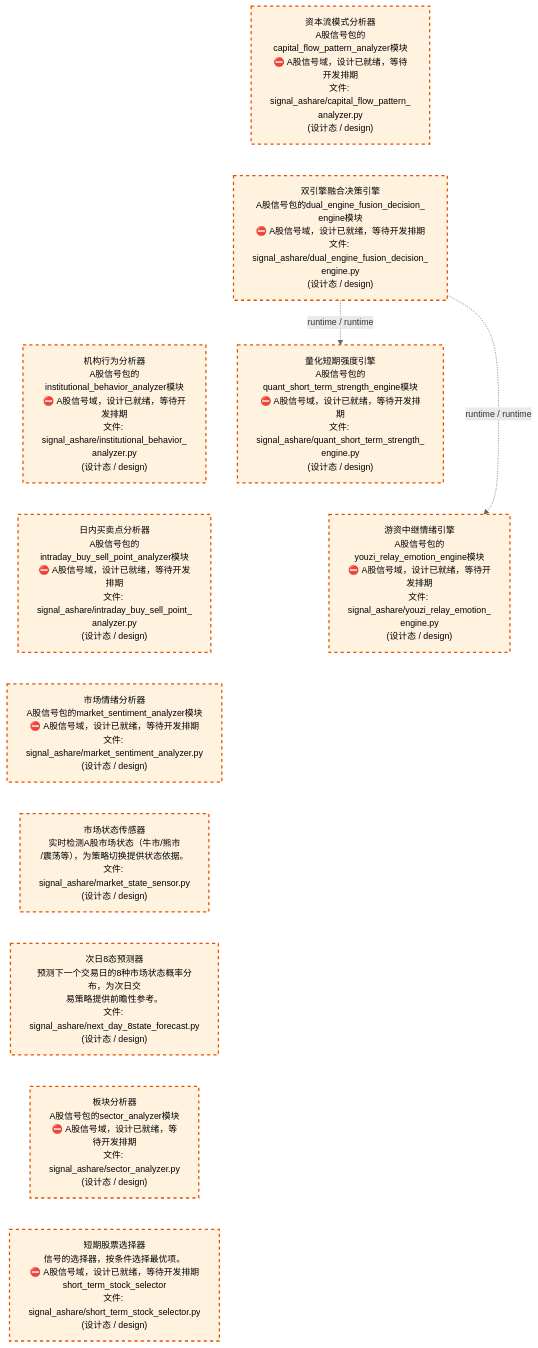
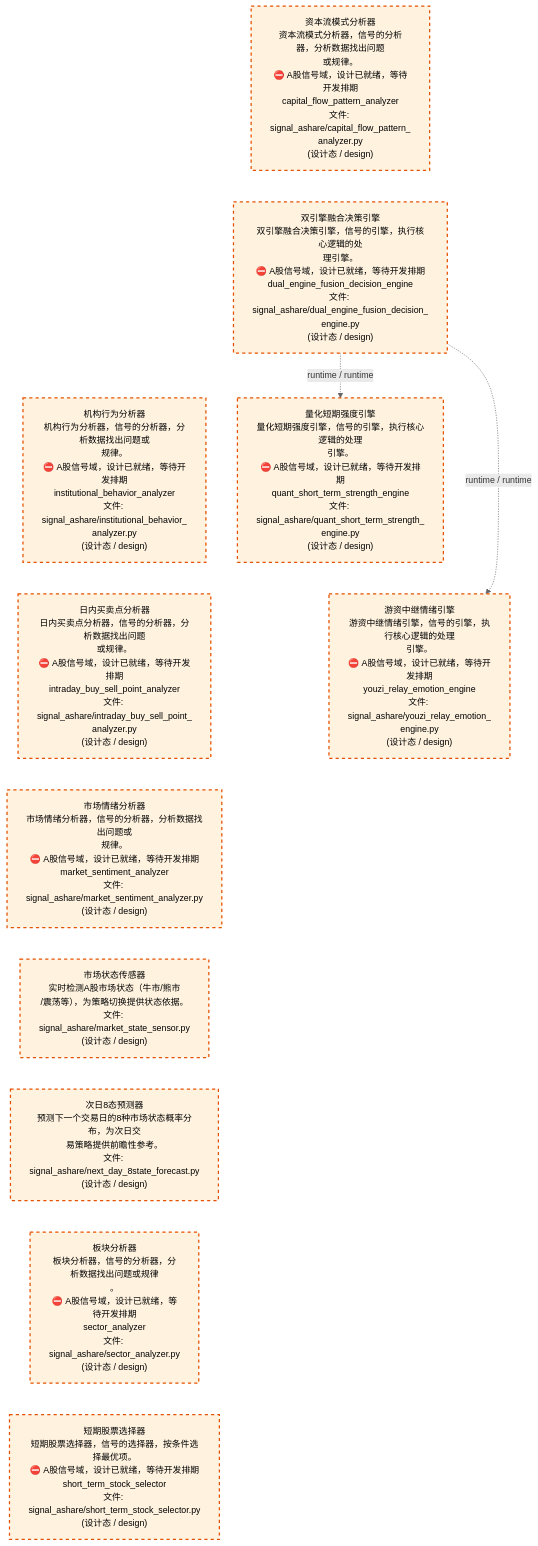
One commit to xuanFelixVan/ZephyrAlpha changed the third of 4 diagrams in docs/02_enterprise_architecture/02_domain_architecture_docs/32_d_ashare_signal.md. Above: the diagram before and after it, drawn with Mermaid. The commit also changed other lines of this file and 56 other files, not shown here.

````diff
--- a/docs/02_enterprise_architecture/02_domain_architecture_docs/32_d_ashare_signal.md
+++ b/docs/02_enterprise_architecture/02_domain_architecture_docs/32_d_ashare_signal.md
@@ -137,31 +137,31 @@
 ```mermaid
 %%{init: {'theme': 'base', 'themeVariables': {'primaryColor': '#eaeaea', 'primaryTextColor': '#333333', 'primaryBorderColor': '#666666', 'lineColor': '#666666', 'secondaryColor': '#eaeaea', 'tertiaryColor': '#eaeaea', 'fontSize': '14px'}}}%%
 flowchart TD
-    src_zephyr_signal_ashare_capital_flow_pattern_analyzer_py["资本流模式分析器<br/>A股信号包的capital_flow_pattern_analyzer模块<br/>⛔ A股信号域，设计已就绪，等待开发排期<br/>文件: signal_ashare/capital_flow_pattern_<br/>analyzer.py<br/>(设计态 / design)"]
-    src_zephyr_signal_ashare_dual_engine_fusion_decision_engine_py["双引擎融合决策引擎<br/>A股信号包的dual_engine_fusion_decision_<br/>engine模块<br/>⛔ A股信号域，设计已就绪，等待开发排期<br/>文件: signal_ashare/dual_engine_fusion_decision_<br/>engine.py<br/>(设计态 / design)"]
-    src_zephyr_signal_ashare_institutional_behavior_analyzer_py["机构行为分析器<br/>A股信号包的institutional_behavior_analyzer模块<br/>⛔ A股信号域，设计已就绪，等待开发排期<br/>文件: signal_ashare/institutional_behavior_<br/>analyzer.py<br/>(设计态 / design)"]
-    src_zephyr_signal_ashare_intraday_buy_sell_point_analyzer_py["日内买卖点分析器<br/>A股信号包的intraday_buy_sell_point_analyzer模块<br/>⛔ A股信号域，设计已就绪，等待开发排期<br/>文件: signal_ashare/intraday_buy_sell_point_<br/>analyzer.py<br/>(设计态 / design)"]
-    src_zephyr_signal_ashare_market_sentiment_analyzer_py["市场情绪分析器<br/>A股信号包的market_sentiment_analyzer模块<br/>⛔ A股信号域，设计已就绪，等待开发排期<br/>文件: signal_ashare/market_sentiment_analyzer.py<br/>(设计态 / design)"]
+    src_zephyr_signal_ashare_capital_flow_pattern_analyzer_py["资本流模式分析器<br/>资本流模式分析器，信号的分析器，分析数据找出问题<br/>或规律。<br/>⛔ A股信号域，设计已就绪，等待开发排期<br/>capital_flow_pattern_analyzer<br/>文件: signal_ashare/capital_flow_pattern_<br/>analyzer.py<br/>(设计态 / design)"]
+    src_zephyr_signal_ashare_dual_engine_fusion_decision_engine_py["双引擎融合决策引擎<br/>双引擎融合决策引擎，信号的引擎，执行核心逻辑的处<br/>理引擎。<br/>⛔ A股信号域，设计已就绪，等待开发排期<br/>dual_engine_fusion_decision_engine<br/>文件: signal_ashare/dual_engine_fusion_decision_<br/>engine.py<br/>(设计态 / design)"]
+    src_zephyr_signal_ashare_institutional_behavior_analyzer_py["机构行为分析器<br/>机构行为分析器，信号的分析器，分析数据找出问题或<br/>规律。<br/>⛔ A股信号域，设计已就绪，等待开发排期<br/>institutional_behavior_analyzer<br/>文件: signal_ashare/institutional_behavior_<br/>analyzer.py<br/>(设计态 / design)"]
+    src_zephyr_signal_ashare_intraday_buy_sell_point_analyzer_py["日内买卖点分析器<br/>日内买卖点分析器，信号的分析器，分析数据找出问题<br/>或规律。<br/>⛔ A股信号域，设计已就绪，等待开发排期<br/>intraday_buy_sell_point_analyzer<br/>文件: signal_ashare/intraday_buy_sell_point_<br/>analyzer.py<br/>(设计态 / design)"]
+    src_zephyr_signal_ashare_market_sentiment_analyzer_py["市场情绪分析器<br/>市场情绪分析器，信号的分析器，分析数据找出问题或<br/>规律。<br/>⛔ A股信号域，设计已就绪，等待开发排期<br/>market_sentiment_analyzer<br/>文件: signal_ashare/market_sentiment_analyzer.py<br/>(设计态 / design)"]
     src_zephyr_signal_ashare_market_state_sensor_py["市场状态传感器<br/>实时检测A股市场状态（牛市/熊市<br/>/震荡等），为策略切换提供状态依据。<br/>文件: signal_ashare/market_state_sensor.py<br/>(设计态 / design)"]
     src_zephyr_signal_ashare_next_day_8state_forecast_py["次日8态预测器<br/>预测下一个交易日的8种市场状态概率分布，为次日交<br/>易策略提供前瞻性参考。<br/>文件: signal_ashare/next_day_8state_forecast.py<br/>(设计态 / design)"]
-    src_zephyr_signal_ashare_sector_analyzer_py["板块分析器<br/>A股信号包的sector_analyzer模块<br/>⛔ A股信号域，设计已就绪，等待开发排期<br/>文件: signal_ashare/sector_analyzer.py<br/>(设计态 / design)"]
-    src_zephyr_signal_ashare_short_term_stock_selector_py["短期股票选择器<br/>信号的选择器，按条件选择最优项。<br/>⛔ A股信号域，设计已就绪，等待开发排期<br/>short_term_stock_selector<br/>文件: signal_ashare/short_term_stock_selector.py<br/>(设计态 / design)"]
+    src_zephyr_signal_ashare_sector_analyzer_py["板块分析器<br/>板块分析器，信号的分析器，分析数据找出问题或规律<br/>。<br/>⛔ A股信号域，设计已就绪，等待开发排期<br/>sector_analyzer<br/>文件: signal_ashare/sector_analyzer.py<br/>(设计态 / design)"]
+    src_zephyr_signal_ashare_short_term_stock_selector_py["短期股票选择器<br/>短期股票选择器，信号的选择器，按条件选择最优项。<br/>⛔ A股信号域，设计已就绪，等待开发排期<br/>short_term_stock_selector<br/>文件: signal_ashare/short_term_stock_selector.py<br/>(设计态 / design)"]
     src_zephyr_signal_ashare_capital_flow_pattern_analyzer_py ~~~ src_zephyr_signal_ashare_dual_engine_fusion_decision_engine_py
     src_zephyr_signal_ashare_dual_engine_fusion_decision_engine_py ~~~ src_zephyr_signal_ashare_institutional_behavior_analyzer_py
     src_zephyr_signal_ashare_institutional_behavior_analyzer_py ~~~ src_zephyr_signal_ashare_intraday_buy_sell_point_analyzer_py
     src_zephyr_signal_ashare_intraday_buy_sell_point_analyzer_py ~~~ src_zephyr_signal_ashare_market_sentiment_analyzer_py
     src_zephyr_signal_ashare_market_sentiment_analyzer_py ~~~ src_zephyr_signal_ashare_market_state_sensor_py
     src_zephyr_signal_ashare_market_state_sensor_py ~~~ src_zephyr_signal_ashare_next_day_8state_forecast_py
     src_zephyr_signal_ashare_next_day_8state_forecast_py ~~~ src_zephyr_signal_ashare_sector_analyzer_py
     src_zephyr_signal_ashare_sector_analyzer_py ~~~ src_zephyr_signal_ashare_short_term_stock_selector_py
-    src_zephyr_signal_ashare_quant_short_term_strength_engine_py["量化短期强度引擎<br/>A股信号包的quant_short_term_strength_engine模块<br/>⛔ A股信号域，设计已就绪，等待开发排期<br/>文件: signal_ashare/quant_short_term_strength_<br/>engine.py<br/>(设计态 / design)"]
-    src_zephyr_signal_ashare_youzi_relay_emotion_engine_py["游资中继情绪引擎<br/>A股信号包的youzi_relay_emotion_engine模块<br/>⛔ A股信号域，设计已就绪，等待开发排期<br/>文件: signal_ashare/youzi_relay_emotion_<br/>engine.py<br/>(设计态 / design)"]
+    src_zephyr_signal_ashare_quant_short_term_strength_engine_py["量化短期强度引擎<br/>量化短期强度引擎，信号的引擎，执行核心逻辑的处理<br/>引擎。<br/>⛔ A股信号域，设计已就绪，等待开发排期<br/>quant_short_term_strength_engine<br/>文件: signal_ashare/quant_short_term_strength_<br/>engine.py<br/>(设计态 / design)"]
+    src_zephyr_signal_ashare_youzi_relay_emotion_engine_py["游资中继情绪引擎<br/>游资中继情绪引擎，信号的引擎，执行核心逻辑的处理<br/>引擎。<br/>⛔ A股信号域，设计已就绪，等待开发排期<br/>youzi_relay_emotion_engine<br/>文件: signal_ashare/youzi_relay_emotion_<br/>engine.py<br/>(设计态 / design)"]
     src_zephyr_signal_ashare_quant_short_term_strength_engine_py ~~~ src_zephyr_signal_ashare_youzi_relay_emotion_engine_py
     src_zephyr_signal_ashare_dual_engine_fusion_decision_engine_py -.->|runtime / runtime| src_zephyr_signal_ashare_youzi_relay_emotion_engine_py
     src_zephyr_signal_ashare_dual_engine_fusion_decision_engine_py -.->|runtime / runtime| src_zephyr_signal_ashare_quant_short_term_strength_engine_py
     classDef production fill:#e1f5fe,stroke:#01579b,stroke-width:2px,color:#000
     classDef design fill:#fff3e0,stroke:#e65100,stroke-width:2px,color:#000,stroke-dasharray: 5 5
     classDef external_prod fill:#e8f4fd,stroke:#0277bd,stroke-width:1px,color:#000
     classDef external_design fill:#fff8e7,stroke:#ef6c00,stroke-width:1px,color:#000,stroke-dasharray: 5 5
     class src_zephyr_signal_ashare_capital_flow_pattern_analyzer_py,src_zephyr_signal_ashare_dual_engine_fusion_decision_engine_py,src_zephyr_signal_ashare_institutional_behavior_analyzer_py,src_zephyr_signal_ashare_intraday_buy_sell_point_analyzer_py,src_zephyr_signal_ashare_market_sentiment_analyzer_py,src_zephyr_signal_ashare_market_state_sensor_py,src_zephyr_signal_ashare_next_day_8state_forecast_py,src_zephyr_signal_ashare_quant_short_term_strength_engine_py,src_zephyr_signal_ashare_sector_analyzer_py,src_zephyr_signal_ashare_short_term_stock_selector_py,src_zephyr_signal_ashare_youzi_relay_emotion_engine_py design
 ```
````
